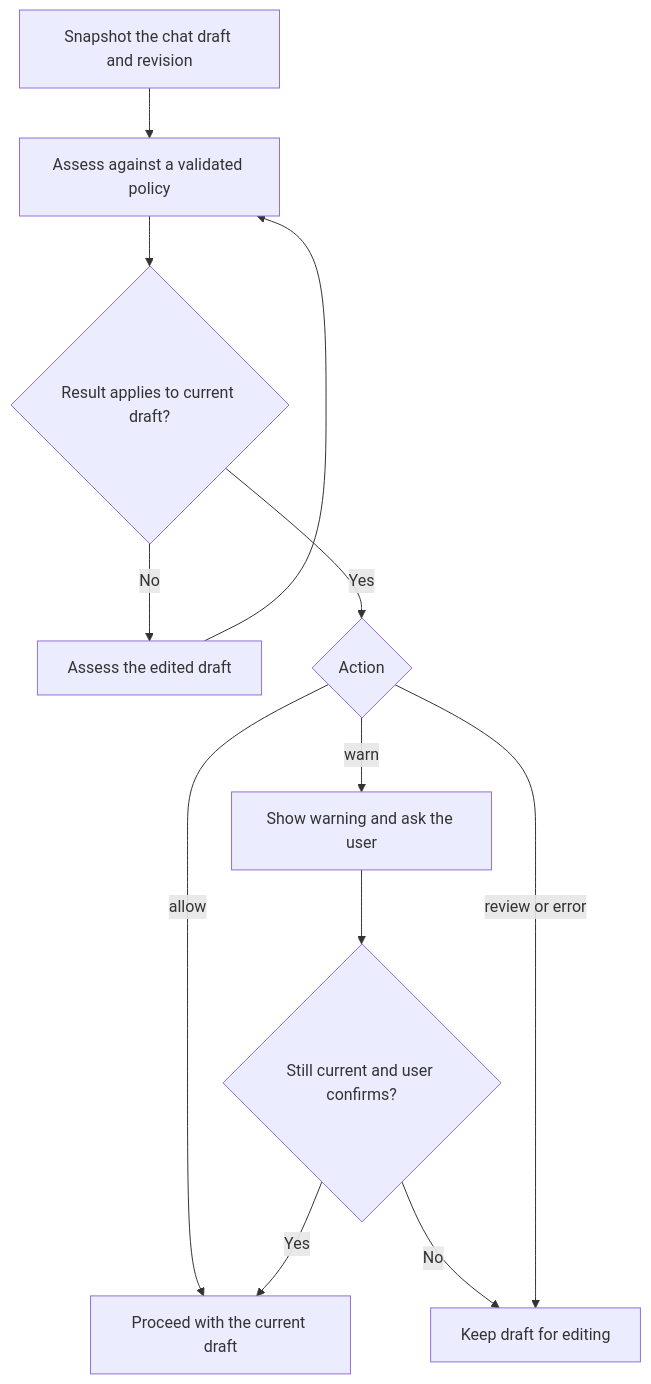
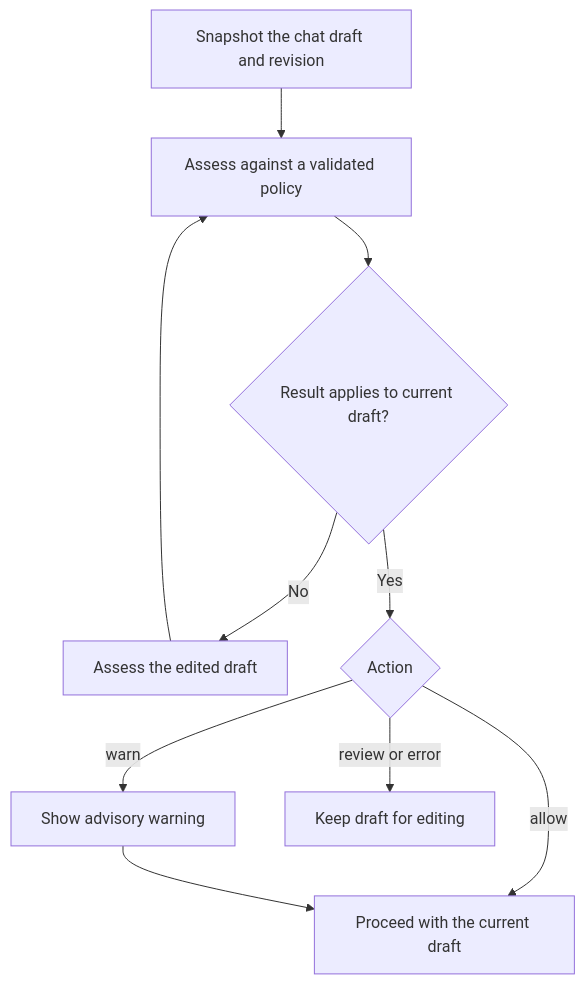
Before and after one commit to E2EMorg/e2em: the second of 2 diagrams in README.md, drawn with Mermaid. The commit also changed other lines of this file and 41 other files, not shown here.

````diff
--- a/README.md
+++ b/README.md
@@ -124,14 +124,12 @@
 ```mermaid
 flowchart TD
     A[Snapshot the chat draft and revision] --> B[Assess against a validated policy]
     B --> C{Result applies to current draft?}
     C -->|No| D[Assess the edited draft]
     D --> B
     C -->|Yes| E{Action}
     E -->|allow| F[Proceed with the current draft]
-    E -->|warn| G[Show warning and ask the user]
-    G --> H{Still current and user confirms?}
-    H -->|Yes| F
-    H -->|No| I[Keep draft for editing]
-    E -->|review or error| I
+    E -->|warn| G[Show advisory warning]
+    G --> F
+    E -->|review or error| I[Keep draft for editing]
 ```
````
